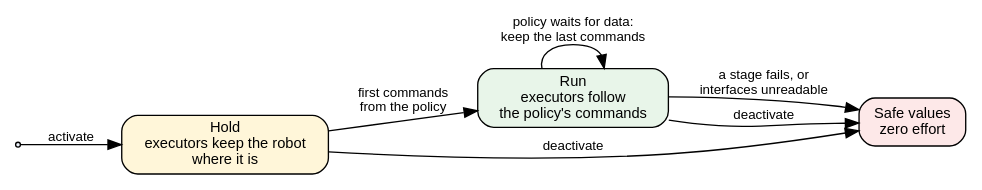
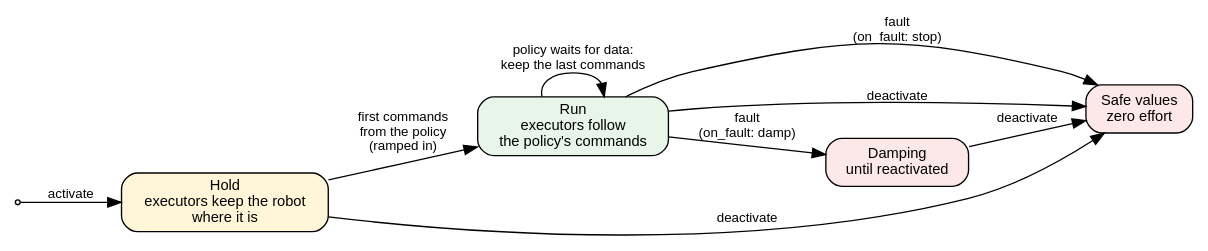
One commit to saikishor/ros2_policy_framework changed the first of 2 diagrams in docs/safety.rst. Above: the diagram before and after it, drawn with Graphviz. The commit also changed other lines of this file and 2 other files, not shown here.

Commit message:
Document the safety checks, the fault responses and the transitions in the README

```diff
--- a/docs/safety.rst
+++ b/docs/safety.rst
@@ -10,17 +10,20 @@
 .. graphviz::
 
    digraph lifecycle {
      rankdir=LR;
      node [shape=box, style="rounded,filled", fillcolor="#eef3fb", fontname="Helvetica", fontsize=11];
      edge [fontname="Helvetica", fontsize=10];
      start [shape=point];
      hold [label="Hold\nexecutors keep the robot\nwhere it is", fillcolor="#fff6d9"];
      run [label="Run\nexecutors follow\nthe policy's commands", fillcolor="#e8f5e9"];
      safe [label="Safe values\nzero effort", fillcolor="#fde8e8"];
+     damp [label="Damping\nuntil reactivated", fillcolor="#fde8e8"];
      start -> hold [label="activate"];
-     hold -> run [label="first commands\nfrom the policy"];
+     hold -> run [label="first commands\nfrom the policy\n(ramped in)"];
      run -> run [label="policy waits for data:\nkeep the last commands"];
-     run -> safe [label="a stage fails, or\ninterfaces unreadable"];
+     run -> safe [label="fault\n(on_fault: stop)"];
+     run -> damp [label="fault\n(on_fault: damp)"];
      hold -> safe [label="deactivate"];
      run -> safe [label="deactivate"];
+     damp -> safe [label="deactivate"];
    }
```
